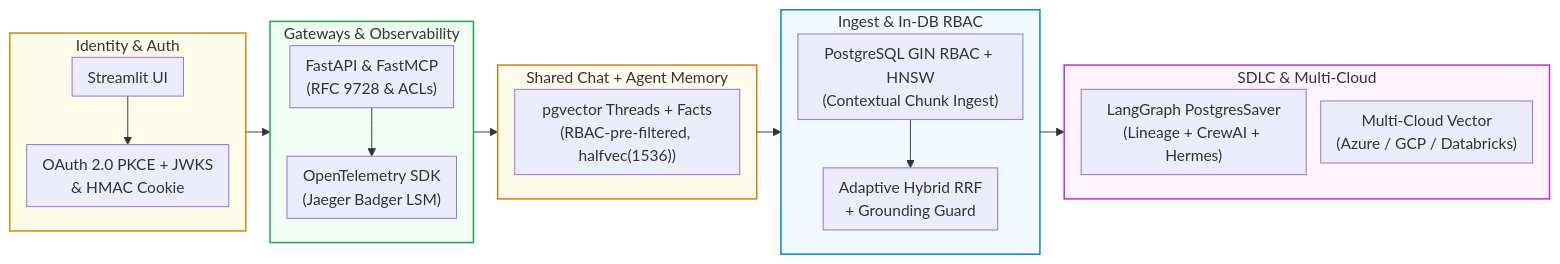
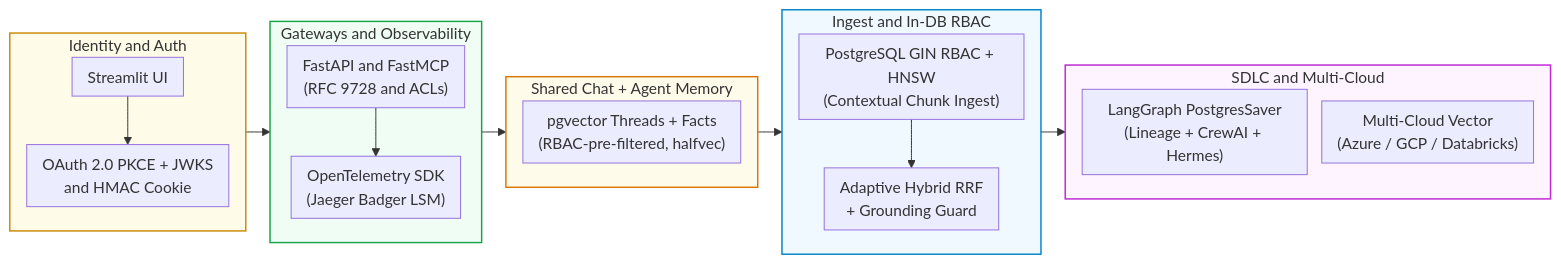
One commit to Kenono2000/enterprise-rag-pgvector-rbac changed the first of 10 diagrams in README.md. Above: the diagram before and after it, drawn with Mermaid. The commit also changed other lines of this file and 10 other files, not shown here.

First line of the commit message:
feat: Enhance HITL approval flow with checkpointing and decision endpoint

````diff
--- a/README.md
+++ b/README.md
@@ -5,31 +5,34 @@
 ```mermaid
 %%{init: {'flowchart': {'nodeSpacing': 15, 'rankSpacing': 25, 'padding': 8}}}%%
 flowchart LR
-    subgraph Identity ["Identity & Auth"]
+    subgraph Identity ["Identity and Auth"]
         direction TB
-        UI["Streamlit UI"] --> PKCE["OAuth 2.0 PKCE + JWKS<br/>& HMAC Cookie"]
+        UI["Streamlit UI"] --> PKCE["OAuth 2.0 PKCE + JWKS<br/>and HMAC Cookie"]
     end
-    subgraph Gateways ["Gateways & Observability"]
+    subgraph Gateways ["Gateways and Observability"]
         direction TB
-        API["FastAPI & FastMCP<br/>(RFC 9728 & ACLs)"] --> OTel["OpenTelemetry SDK<br>(Jaeger Badger LSM)"]
+        API["FastAPI and FastMCP<br/>(RFC 9728 and ACLs)"] --> OTel["OpenTelemetry SDK<br/>(Jaeger Badger LSM)"]
     end
     subgraph SharedMem ["Shared Chat + Agent Memory"]
         direction TB
-        SM["pgvector Threads + Facts<br/>(RBAC-pre-filtered, halfvec(1536))"]
+        SM["pgvector Threads + Facts<br/>(RBAC-pre-filtered, halfvec)"]
     end
-    subgraph RAGCore ["Ingest & In-DB RBAC"]
+    subgraph RAGCore ["Ingest and In-DB RBAC"]
         direction TB
-        PG["PostgreSQL GIN RBAC + HNSW<br>(Contextual Chunk Ingest)"] --> RRF["Adaptive Hybrid RRF<br>+ Grounding Guard"]
+        PG["PostgreSQL GIN RBAC + HNSW<br/>(Contextual Chunk Ingest)"] --> RRF["Adaptive Hybrid RRF<br/>+ Grounding Guard"]
     end
-    subgraph CloudAndSDLC ["SDLC & Multi-Cloud"]
+    subgraph CloudAndSDLC ["SDLC and Multi-Cloud"]
         direction TB
-        SDLC["LangGraph PostgresSaver<br>(Lineage + CrewAI + Hermes)"]
-        Clouds["Multi-Cloud Vector<br>(Azure / GCP / Databricks)"]
+        SDLC["LangGraph PostgresSaver<br/>(Lineage + CrewAI + Hermes)"]
+        Clouds["Multi-Cloud Vector<br/>(Azure / GCP / Databricks)"]
     end
-    Identity --> Gateways --> SharedMem --> RAGCore --> CloudAndSDLC
+    Identity --> Gateways
+    Gateways --> SharedMem
+    SharedMem --> RAGCore
+    RAGCore --> CloudAndSDLC
     style Identity fill:#fefce8,stroke:#ca8a04,stroke-width:1.5px
     style Gateways fill:#f0fdf4,stroke:#16a34a,stroke-width:1.5px
     style SharedMem fill:#fffbeb,stroke:#d97706,stroke-width:1.5px
     style RAGCore fill:#f0f9ff,stroke:#0284c7,stroke-width:1.5px
     style CloudAndSDLC fill:#fdf4ff,stroke:#c026d3,stroke-width:1.5px
 ```
````
